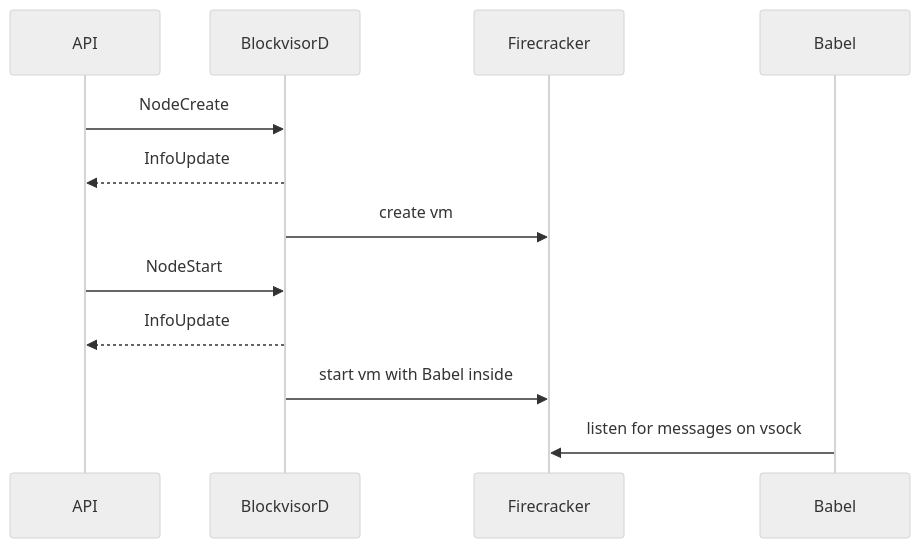
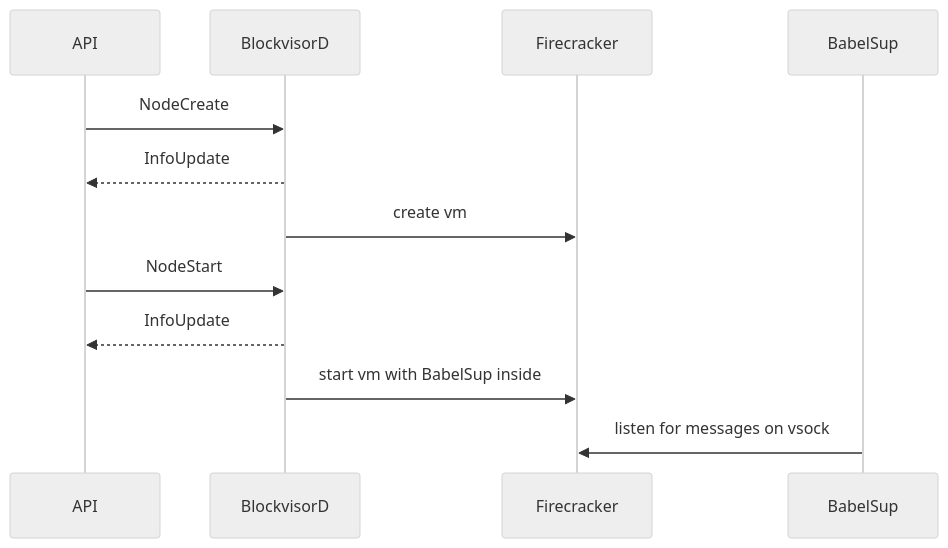
Before and after one commit to nodexeus/blockvisor: the second of 7 diagrams in README.md, drawn with Mermaid (neutral theme). The commit also changed other lines of this file and 3 other files, not shown here.

````diff
--- a/README.md
+++ b/README.md
@@ -59,15 +88,15 @@
 ```mermaid
 sequenceDiagram
     participant backend as API
     participant bv as BlockvisorD
     participant fc as Firecracker
-    participant babel as Babel
+    participant babelsup as BabelSup
     
     backend->>bv: NodeCreate
     bv-->>backend: InfoUpdate
     bv->>fc: create vm
     backend->>bv: NodeStart
     bv-->>backend: InfoUpdate
-    bv->>fc: start vm with Babel inside
-    babel->>fc: listen for messages on vsock
+    bv->>fc: start vm with BabelSup inside
+    babelsup->>fc: listen for messages on vsock
 ```
````
